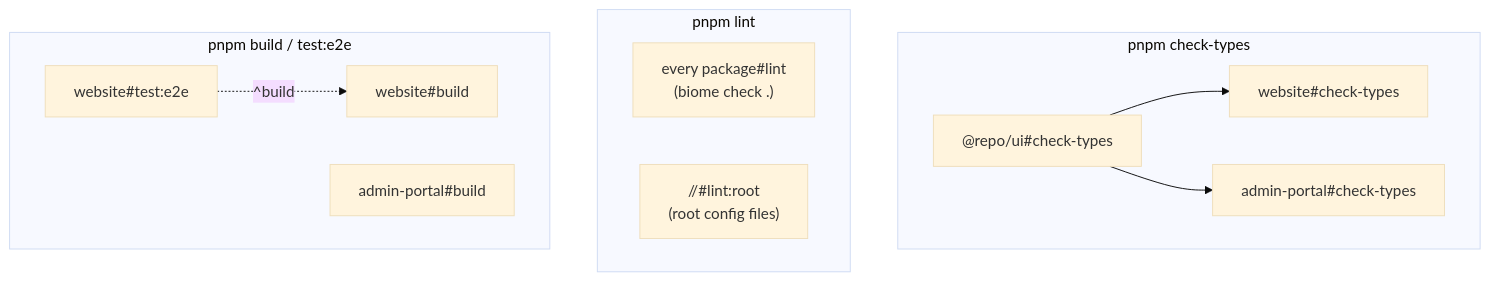
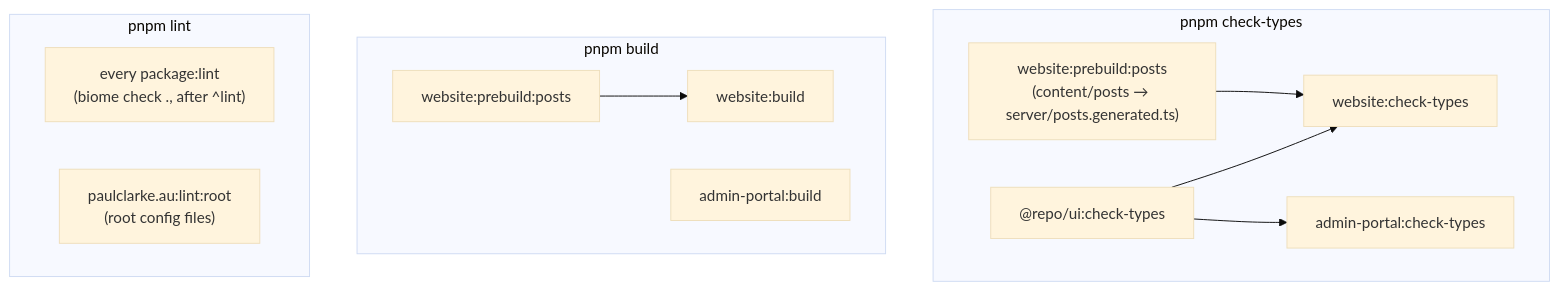
Before and after one commit to pabloplico/paulclarke.au: the second of 2 diagrams in README.md, drawn with Mermaid (base theme). The commit also changed other lines of this file and 2 other files, not shown here.

````diff
--- a/README.md
+++ b/README.md
@@ -44,16 +44,17 @@
 ```mermaid
 graph TD
   subgraph "pnpm check-types"
-    uiTypes["@repo/ui#check-types"] --> webTypes["website#check-types"]
-    uiTypes --> adminTypes["admin-portal#check-types"]
+    posts["website:prebuild:posts<br/>(content/posts → server/posts.generated.ts)"]
+    uiTypes["@repo/ui:check-types"] --> webTypes["website:check-types"]
+    posts --> webTypes
+    uiTypes --> adminTypes["admin-portal:check-types"]
+  end
+  subgraph "pnpm build"
+    posts2["website:prebuild:posts"] --> webBuild["website:build"]
+    adminBuild["admin-portal:build"]
   end
   subgraph "pnpm lint"
-    lintPkgs["every package#lint<br/>(biome check .)"]
-    lintRoot["//#lint:root<br/>(root config files)"]
-  end
-  subgraph "pnpm build / test:e2e"
-    webBuild["website#build"]
-    adminBuild["admin-portal#build"]
-    e2e["website#test:e2e"] -.->|"^build"| webBuild
+    lintPkgs["every package:lint<br/>(biome check ., after ^lint)"]
+    lintRoot["paulclarke.au:lint:root<br/>(root config files)"]
   end
 ```
````
